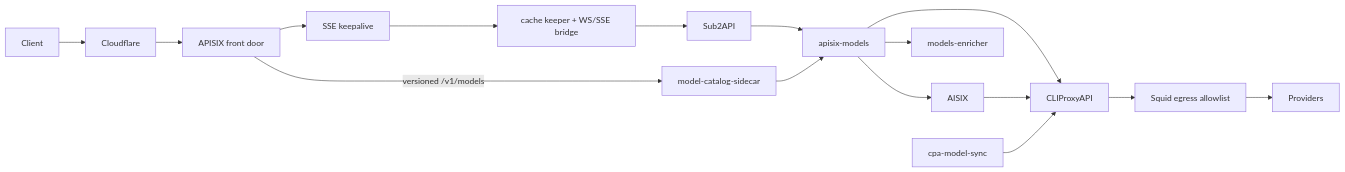
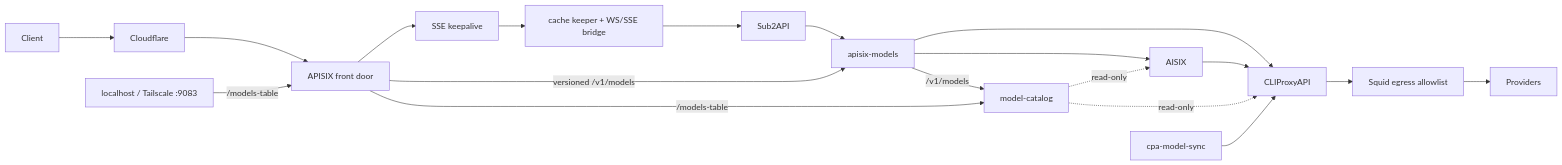
One commit to xz-dev/AI-gateway changed the diagram in README.md. Above: the diagram before and after it, drawn with Mermaid. The commit also changed other lines of this file and 53 other files, not shown here.

First line of the commit message:
refactor(ops): rename Ansible, recovery and CI to model-catalog; add layout migration; sync docs

````diff
--- a/README.md
+++ b/README.md
@@ -11,10 +11,13 @@
 ```mermaid
 flowchart LR
   Client --> Cloudflare --> APISIX[APISIX front door]
   APISIX --> Keepalive[SSE keepalive] --> Keeper[cache keeper + WS/SSE bridge] --> Sub2API
   Sub2API --> Models[apisix-models] --> CPA[CLIProxyAPI]
   Models --> AISIX --> CPA
-  APISIX -->|versioned /v1/models| Sidecar[model-catalog-sidecar] --> Models --> Enricher[models-enricher]
+  APISIX -->|versioned /v1/models| Models -->|/v1/models| Catalog[model-catalog]
+  Operator[localhost / Tailscale :9083] -->|/models-table| APISIX -->|/models-table| Catalog
+  Catalog -.->|read-only| CPA
+  Catalog -.->|read-only| AISIX
   Sync[cpa-model-sync] --> CPA
   CPA --> Squid[Squid egress allowlist] --> Providers
 ```
````
